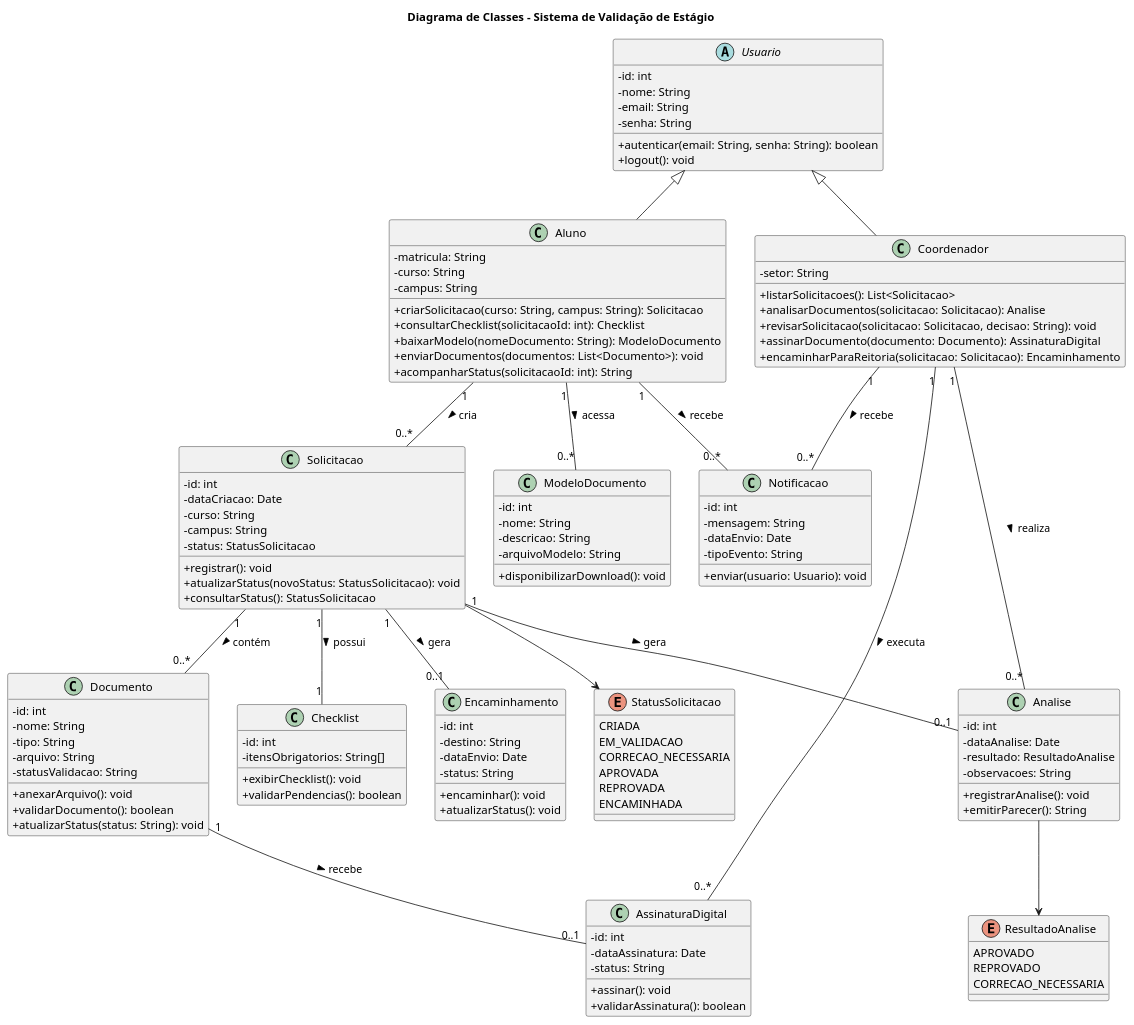
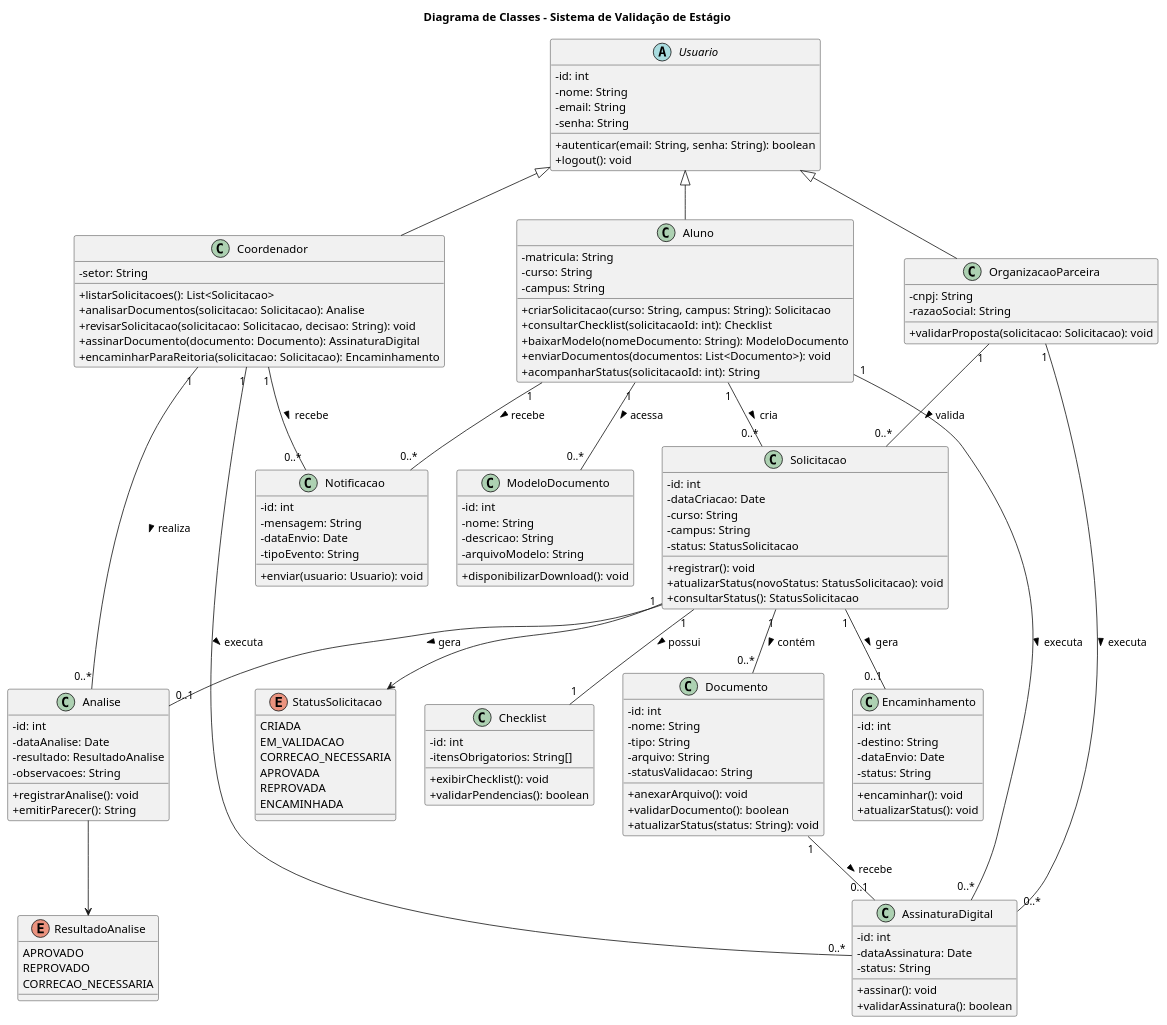
Before and after one commit to Projetos-de-Extensao/PBE_26.1_8001_V: the diagram in docs/Elaboracao/diagrama_de_classes.md, drawn with PlantUML. The commit also changed 3 other files, not shown here.

```diff
--- a/docs/Elaboracao/diagrama_de_classes.md
+++ b/docs/Elaboracao/diagrama_de_classes.md
@@ -48,6 +48,12 @@
   + revisarSolicitacao(solicitacao: Solicitacao, decisao: String): void
   + assinarDocumento(documento: Documento): AssinaturaDigital
   + encaminharParaReitoria(solicitacao: Solicitacao): Encaminhamento
+}
+
+class OrganizacaoParceira {
+  - cnpj: String
+  - razaoSocial: String
+  + validarProposta(solicitacao: Solicitacao): void
 }
 
 class Solicitacao {
@@ -138,6 +144,7 @@
 
 Usuario <|-- Aluno
 Usuario <|-- Coordenador
+Usuario <|-- OrganizacaoParceira
 
 Aluno "1" -- "0..*" Solicitacao : cria >
 Solicitacao "1" -- "1" Checklist : possui >
@@ -150,6 +157,9 @@
 
 Coordenador "1" -- "0..*" Analise : realiza >
 Coordenador "1" -- "0..*" AssinaturaDigital : executa >
+Aluno "1" -- "0..*" AssinaturaDigital : executa >
+OrganizacaoParceira "1" -- "0..*" AssinaturaDigital : executa >
+OrganizacaoParceira "1" -- "0..*" Solicitacao : valida >
 
 Documento "1" -- "0..1" AssinaturaDigital : recebe >
 Aluno "1" -- "0..*" ModeloDocumento : acessa >
```
